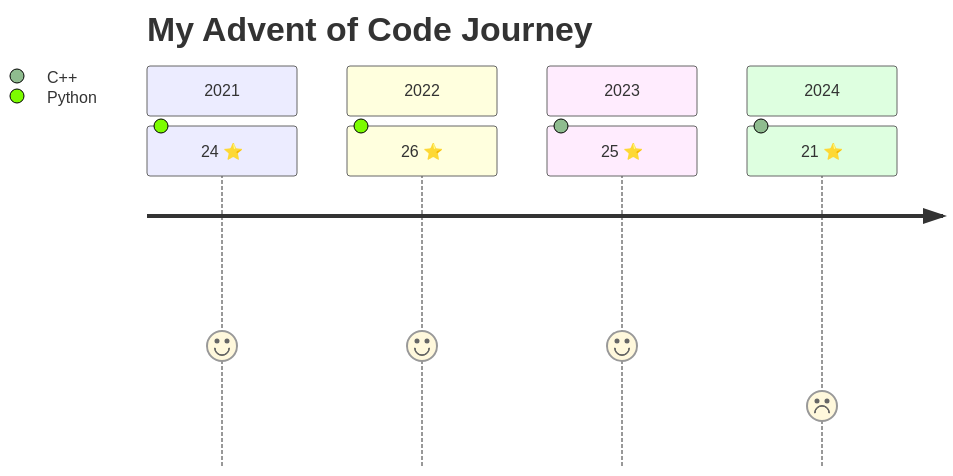
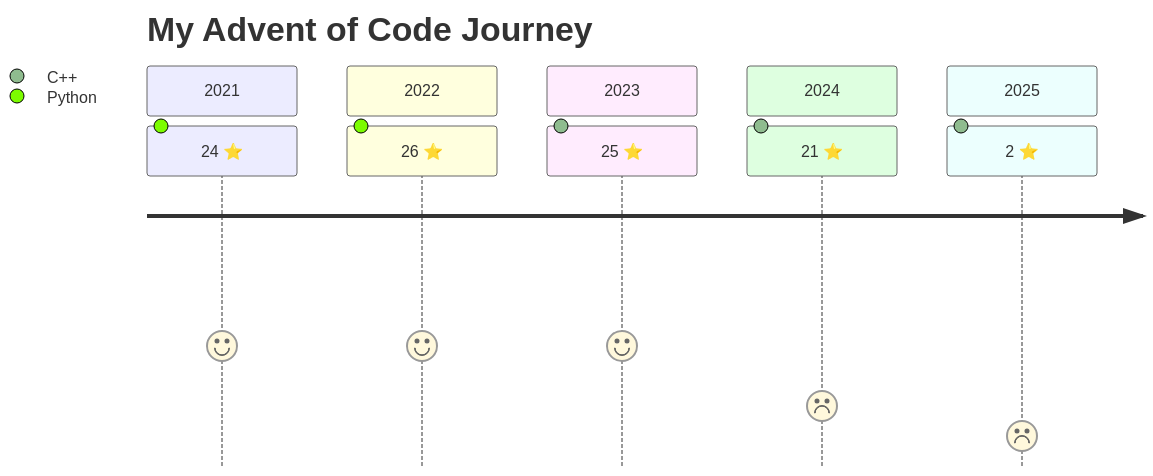
One commit to mlcsthor/advent-of-code changed the diagram in README.md. Above: the diagram before and after it, drawn with Mermaid. The commit also changed 2 other files, not shown here.

Commit message:
✨ Add 2025 Day01

````diff
--- a/README.md
+++ b/README.md
@@ -1,12 +1,14 @@
 ```mermaid
 journey
     title My Advent of Code Journey
     section 2021
       24 ⭐: 4: Python
     section 2022
       26 ⭐: 4: Python
     section 2023
       25 ⭐: 4: C++
     section 2024
       21 ⭐: 2: C++
+    section 2025
+      2 ⭐: 1: C++
 ```
````
